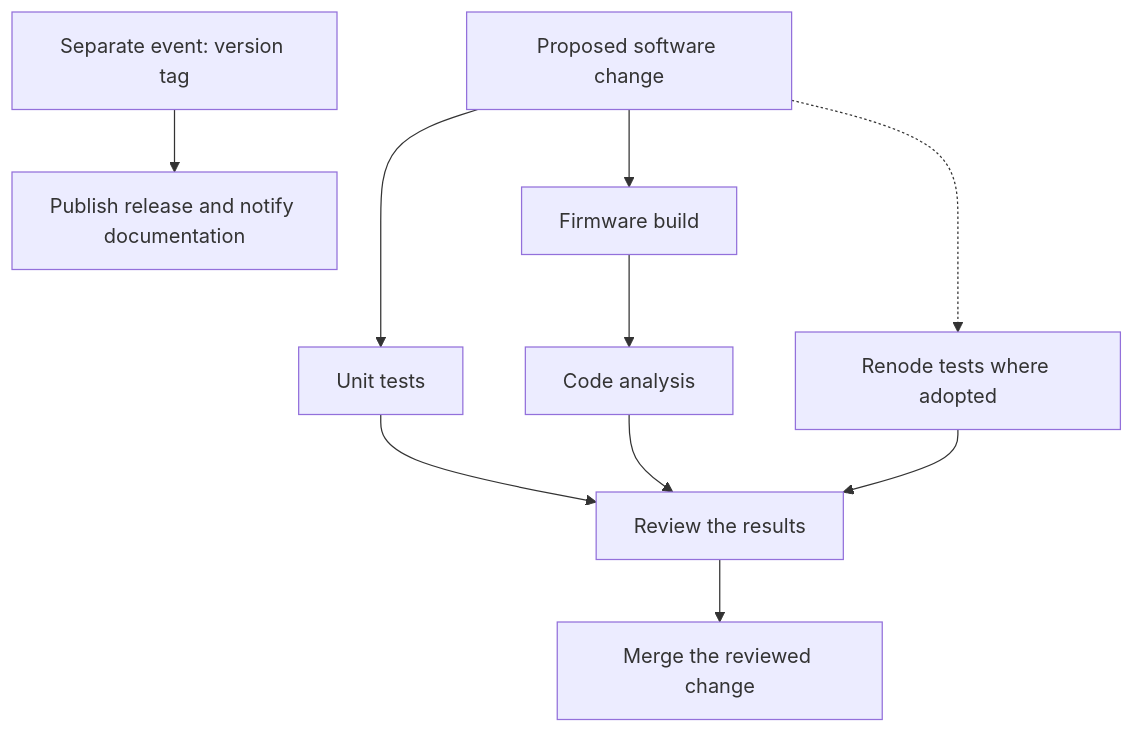
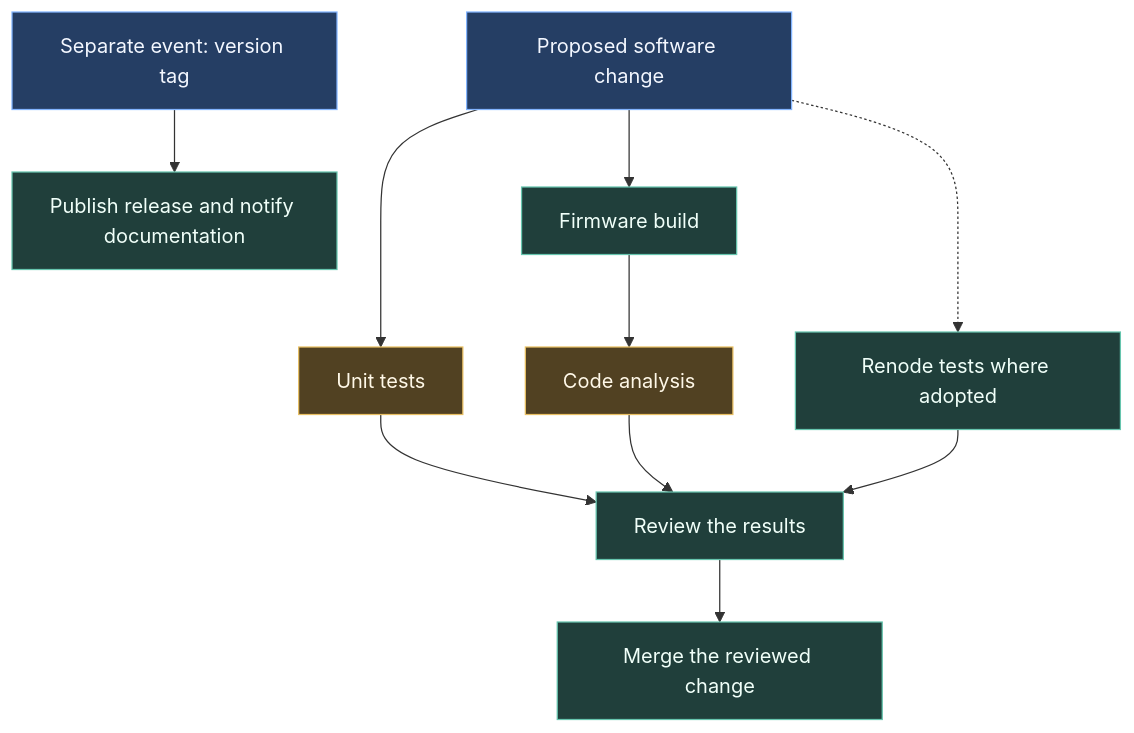
Before and after one commit to ARTTU-Software/.github: the first of 4 diagrams in docs/ci/README.md, drawn with Mermaid. The commit also changed other lines of this file and 5 other files, not shown here.

Commit message:
docs: use sidebar sections and restore coloured Mermaid diagrams

````diff
--- a/docs/ci/README.md
+++ b/docs/ci/README.md
@@ -25,12 +16,21 @@
 ```mermaid
 flowchart TB
     CHANGE["Proposed software change"] --> UNIT["Unit tests"]
     CHANGE --> BUILD["Firmware build"]
     CHANGE -.-> SIM["Renode tests where adopted"]
     BUILD --> ANALYSIS["Code analysis"]
     UNIT --> REVIEW["Review the results"]
     ANALYSIS --> REVIEW
     SIM --> REVIEW
     REVIEW --> MERGE["Merge the reviewed change"]
     TAG["Separate event: version tag"] --> RELEASE["Publish release and notify documentation"]
+
+    classDef task fill:#253e64,stroke:#82b4ff,color:#f3f7ff
+    classDef process fill:#203f3b,stroke:#66c5ae,color:#f0fff9
+    classDef check fill:#514122,stroke:#e8bf63,color:#fff8e8
+    classDef failure fill:#512d3d,stroke:#ef91ac,color:#fff1f6
+    class CHANGE,TAG task
+    class UNIT,ANALYSIS check
+    class BUILD,SIM process
+    class REVIEW,MERGE,RELEASE process
 ```
````
